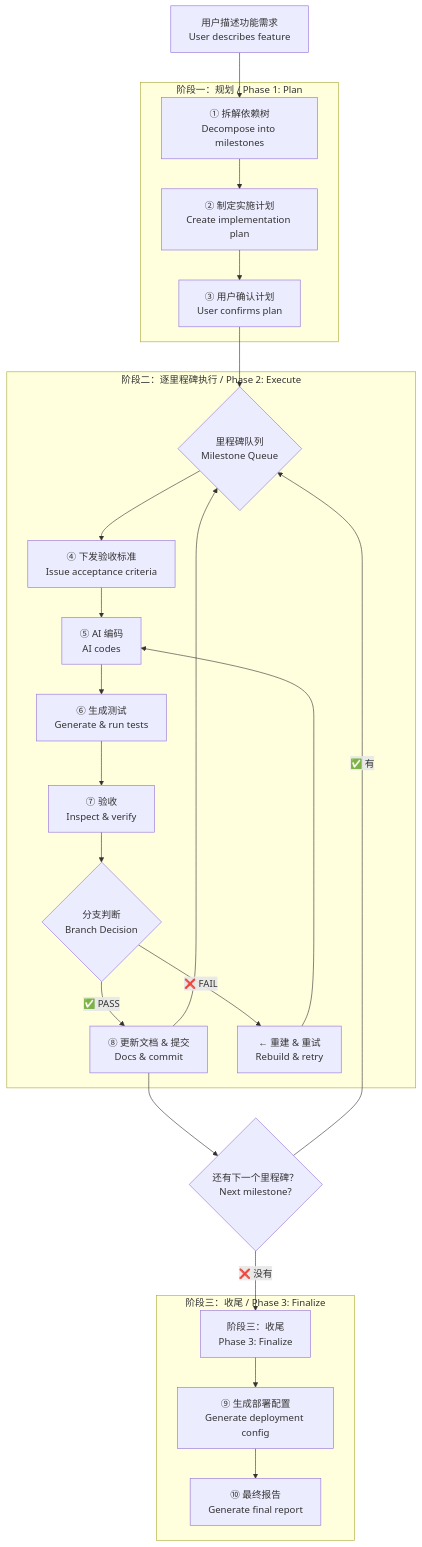
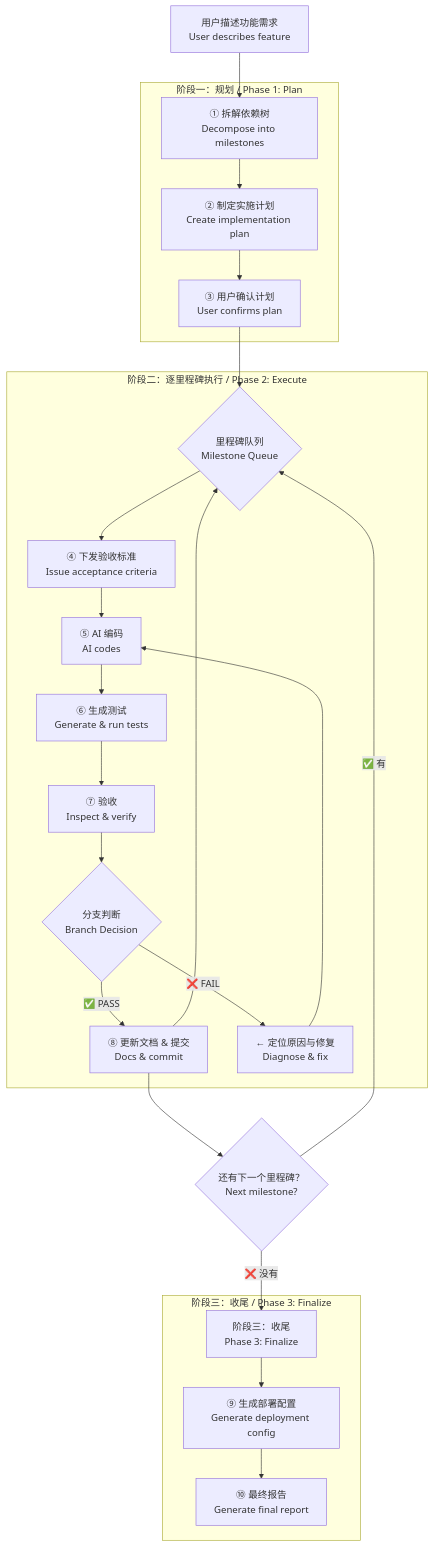
One commit to iannil/skills changed the diagram in skills/engineer-workflow/SKILL.md. Above: the diagram before and after it, drawn with Mermaid. The commit also changed other lines of this file and 38 other files, not shown here.

````diff
--- a/skills/engineer-workflow/SKILL.md
+++ b/skills/engineer-workflow/SKILL.md
@@ -92,32 +101,32 @@
 ```mermaid
 graph TD
     START["用户描述功能需求<br/>User describes feature"] --> A
     
     subgraph "阶段一：规划 / Phase 1: Plan"
         A["① 拆解依赖树<br/>Decompose into milestones"] --> B["② 制定实施计划<br/>Create implementation plan"]
         B --> C["③ 用户确认计划<br/>User confirms plan"]
     end
     
     C --> D{"里程碑队列<br/>Milestone Queue"}
     
     subgraph "阶段二：逐里程碑执行 / Phase 2: Execute"
         D --> E["④ 下发验收标准<br/>Issue acceptance criteria"]
         E --> F["⑤ AI 编码<br/>AI codes"]
         F --> G["⑥ 生成测试<br/>Generate & run tests"]
         G --> H["⑦ 验收<br/>Inspect & verify"]
         H --> I{"分支判断<br/>Branch Decision"}
         I -->|"✅ PASS"| J["⑧ 更新文档 & 提交<br/>Docs & commit"]
-        I -->|"❌ FAIL"| K["← 重建 & 重试<br/>Rebuild & retry"]
+        I -->|"❌ FAIL"| K["← 定位原因与修复<br/>Diagnose & fix"]
         K --> F
         J --> D
     end
     
     J --> L{"还有下一个里程碑？<br/>Next milestone?"}
     L -->|"✅ 有"| D
     L -->|"❌ 没有"| M["阶段三：收尾<br/>Phase 3: Finalize"]
     
     subgraph "阶段三：收尾 / Phase 3: Finalize"
         M --> N["⑨ 生成部署配置<br/>Generate deployment config"]
         N --> O["⑩ 最终报告<br/>Generate final report"]
     end
 ```
````
